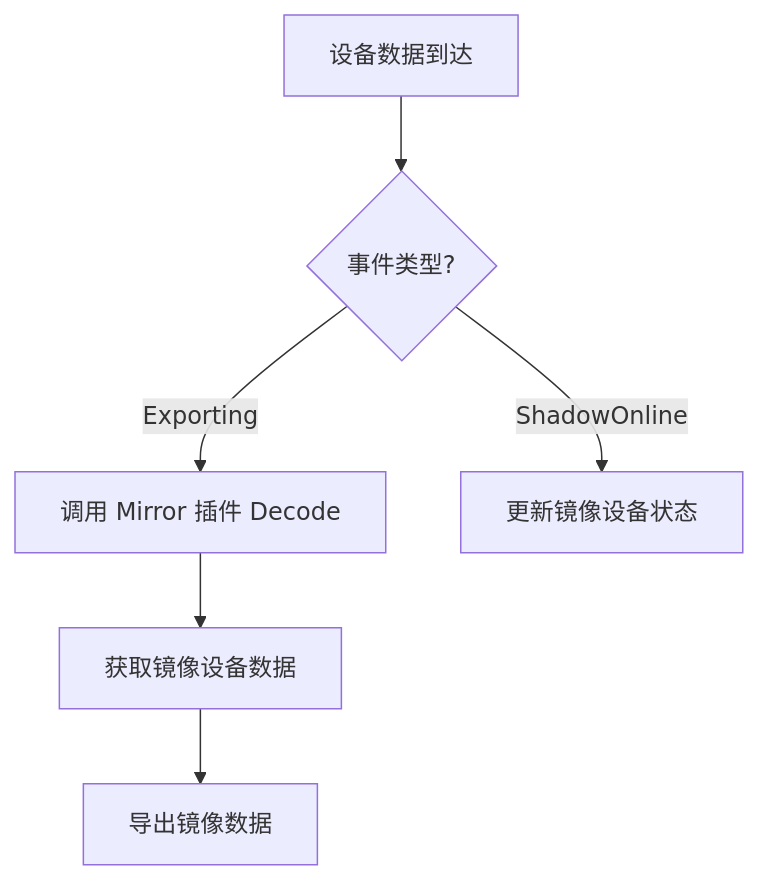
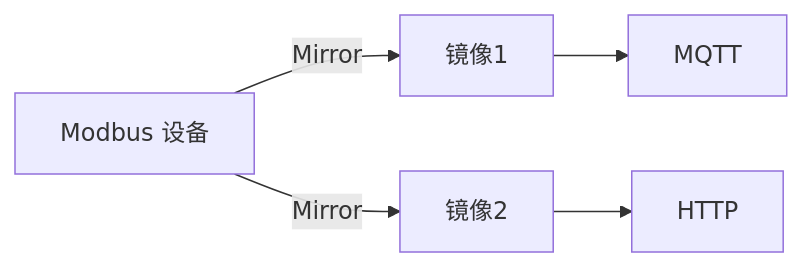
The sixth of 8 diagrams in pages/src/content/docs/exports/mirror.mdx (ibuilding-X/driver-box), drawn with Mermaid before and after one commit. The commit also changed other lines of this file and 6 other files, not shown here.

````diff
--- a/pages/src/content/docs/exports/mirror.mdx
+++ b/pages/src/content/docs/exports/mirror.mdx
@@ -113,8 +181,7 @@
 ```mermaid
-graph TD
-    A[设备数据到达] --> B{事件类型?}
-    B -->|Exporting| C[调用 Mirror 插件 Decode]
-    C --> D[获取镜像设备数据]
-    D --> E[导出镜像数据]
-    B -->|ShadowOnline| F[更新镜像设备状态]
+graph LR
+    A[Modbus 设备] -->|Mirror| B[镜像1]
+    A -->|Mirror| C[镜像2]
+    B --> D[MQTT]
+    C --> E[HTTP]
 ```
````
